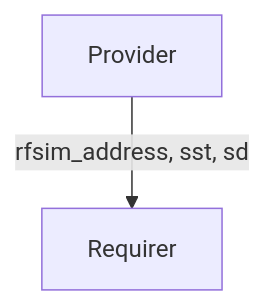
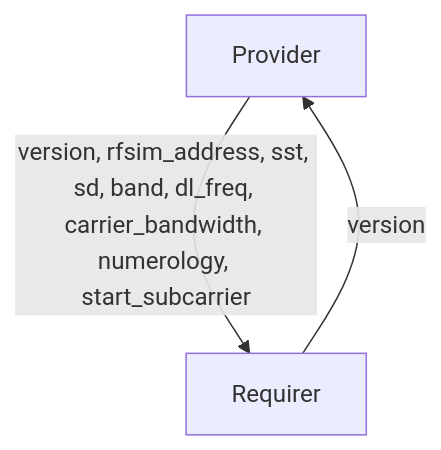
One commit to canonical/charm-relation-interfaces changed the diagram in interfaces/fiveg_rfsim/v0/README.md. Above: the diagram before and after it, drawn with Mermaid. The commit also changed other lines of this file and 9 other files, not shown here.

````diff
--- a/interfaces/fiveg_rfsim/v0/README.md
+++ b/interfaces/fiveg_rfsim/v0/README.md
@@ -13,4 +13,5 @@
 ```mermaid
 flowchart TD
-    Provider -- rfsim_address, sst, sd --> Requirer
+    Provider -- version, rfsim_address, sst, sd, band, dl_freq, carrier_bandwidth, numerology, start_subcarrier --> Requirer
+    Requirer -- version --> Provider
 ```
````
